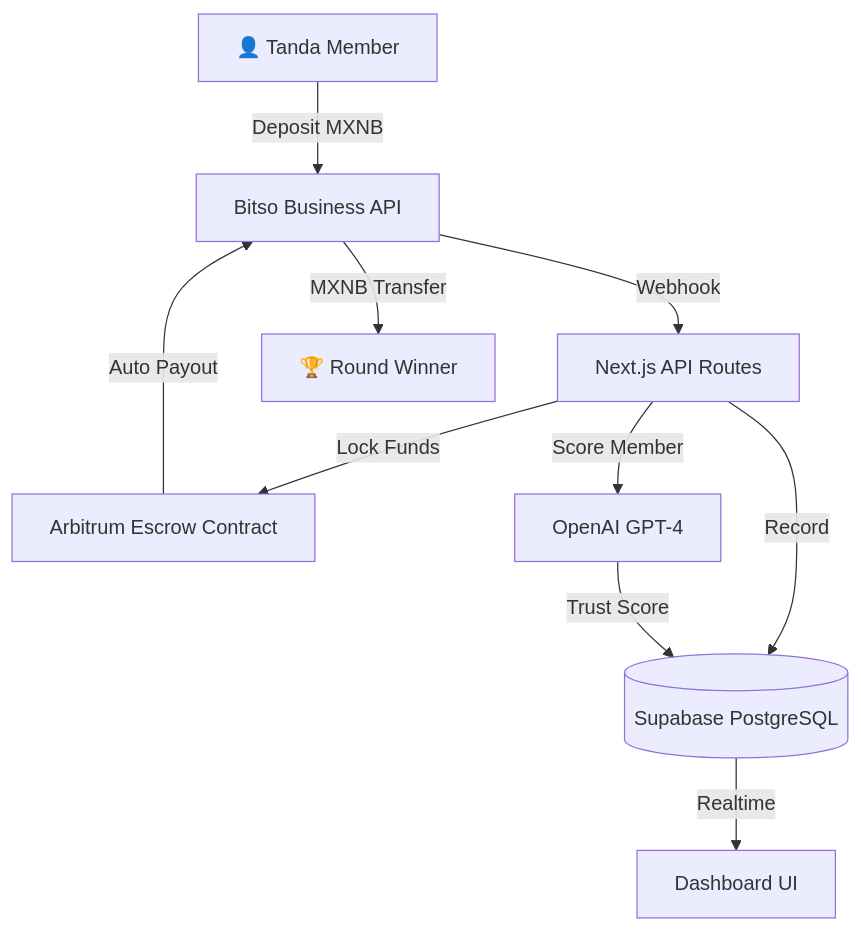
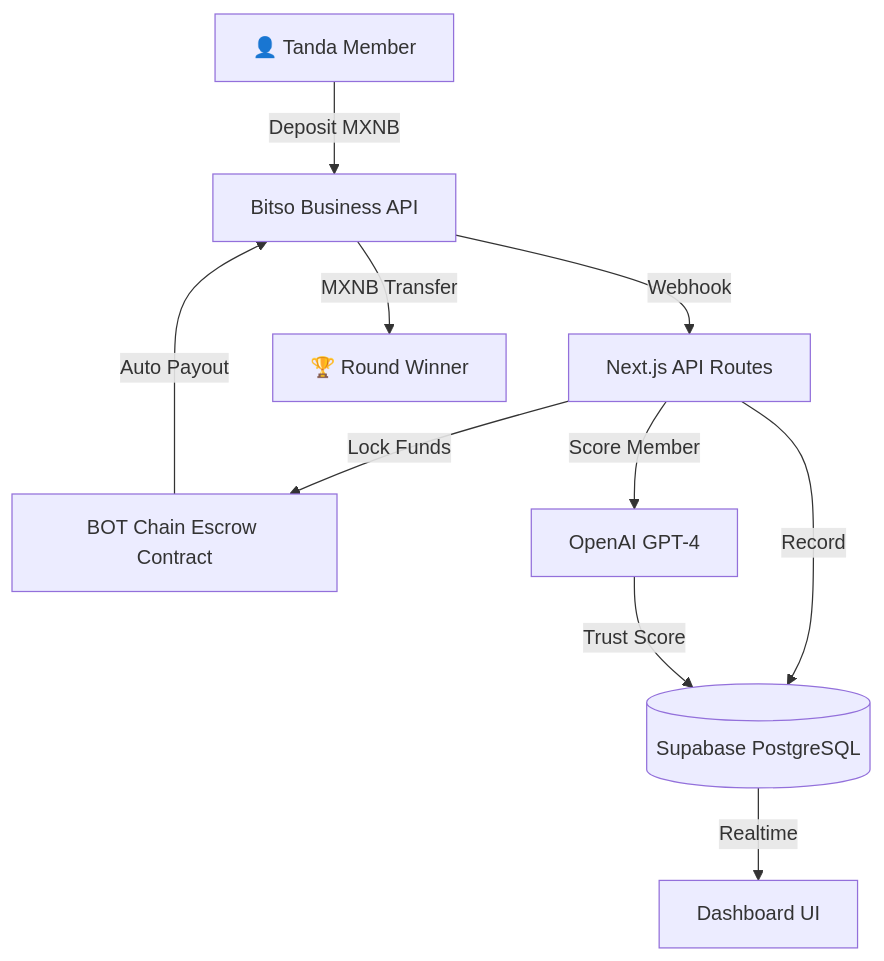
One commit to edycutjong/tandot changed the diagram in README.md. Above: the diagram before and after it, drawn with Mermaid. The commit also changed other lines of this file and 14 other files, not shown here.

Commit message:
feat: migrate project from Arbitrum to BOT Chain

````diff
--- a/README.md
+++ b/README.md
@@ -77,13 +77,13 @@
 ```mermaid
 graph TB
     User[👤 Tanda Member] -->|Deposit MXNB| Bitso[Bitso Business API]
     Bitso -->|Webhook| API[Next.js API Routes]
     API -->|Record| DB[(Supabase PostgreSQL)]
-    API -->|Lock Funds| Escrow[Arbitrum Escrow Contract]
+    API -->|Lock Funds| Escrow[BOT Chain Escrow Contract]
     API -->|Score Member| AI[OpenAI GPT-4]
     AI -->|Trust Score| DB
     Escrow -->|Auto Payout| Bitso
     Bitso -->|MXNB Transfer| Winner[🏆 Round Winner]
 
     DB -->|Realtime| Dashboard[Dashboard UI]
 ```
````
